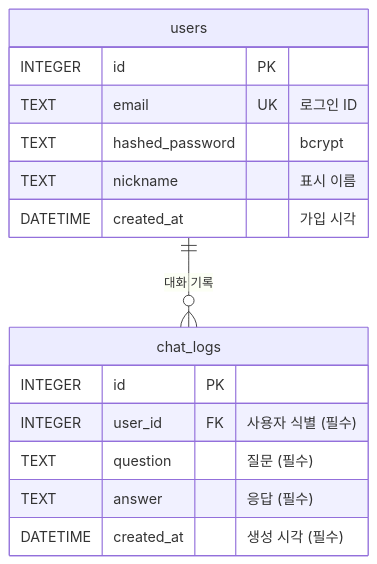
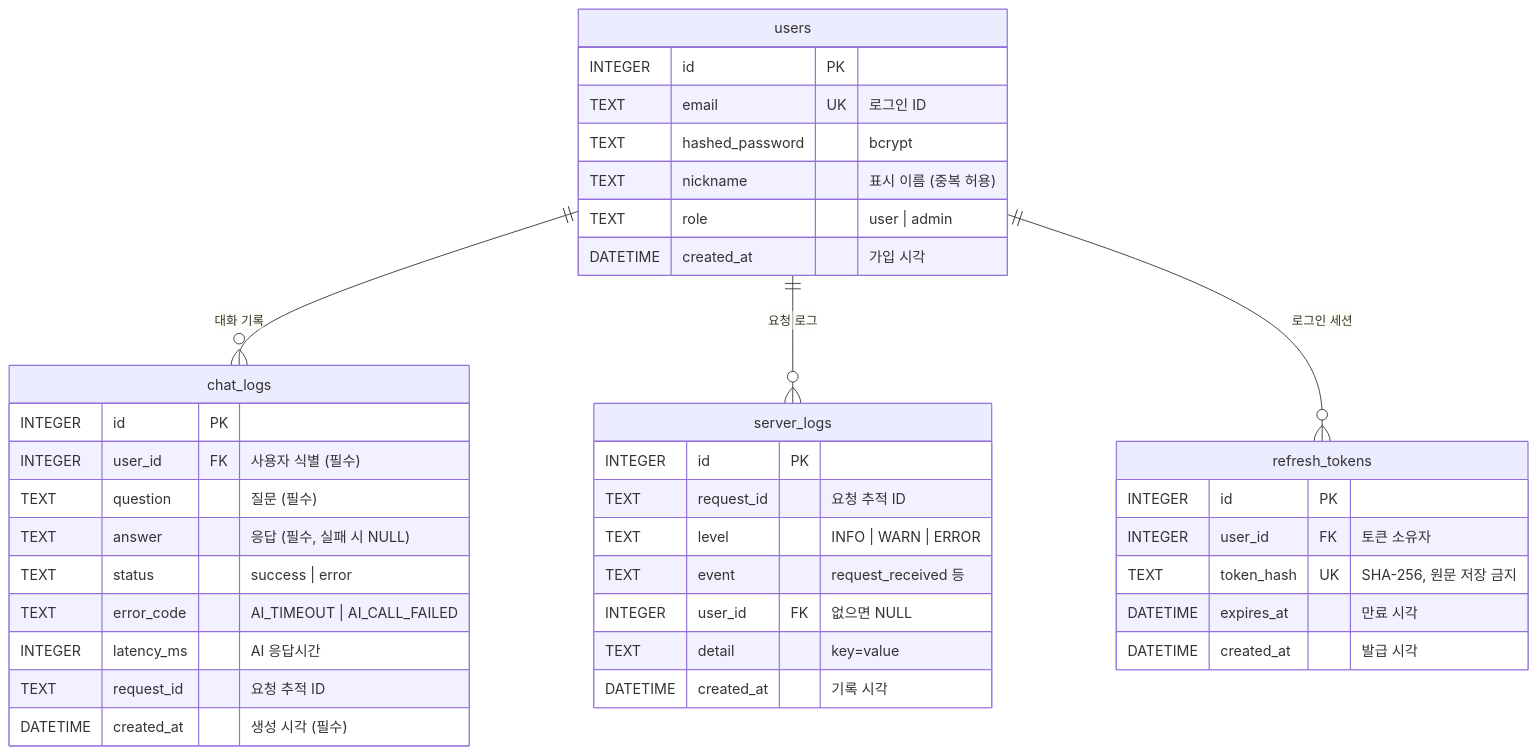
One commit to b7-1-chatbot-team/B7-1-chatbot changed the diagram in docs/04-database.md. Above: the diagram before and after it, drawn with Mermaid. The commit also changed other lines of this file and 11 other files, not shown here.

````diff
--- a/docs/04-database.md
+++ b/docs/04-database.md
@@ -12,18 +12,41 @@
 ```mermaid
 erDiagram
     users ||--o{ chat_logs : "대화 기록"
+    users ||--o{ server_logs : "요청 로그"
+    users ||--o{ refresh_tokens : "로그인 세션"
     users {
         INTEGER id PK
         TEXT email UK "로그인 ID"
         TEXT hashed_password "bcrypt"
-        TEXT nickname "표시 이름"
+        TEXT nickname "표시 이름 (중복 허용)"
+        TEXT role "user | admin"
         DATETIME created_at "가입 시각"
     }
     chat_logs {
         INTEGER id PK
         INTEGER user_id FK "사용자 식별 (필수)"
         TEXT question "질문 (필수)"
-        TEXT answer "응답 (필수)"
+        TEXT answer "응답 (필수, 실패 시 NULL)"
+        TEXT status "success | error"
+        TEXT error_code "AI_TIMEOUT | AI_CALL_FAILED"
+        INTEGER latency_ms "AI 응답시간"
+        TEXT request_id "요청 추적 ID"
         DATETIME created_at "생성 시각 (필수)"
     }
+    server_logs {
+        INTEGER id PK
+        TEXT request_id "요청 추적 ID"
+        TEXT level "INFO | WARN | ERROR"
+        TEXT event "request_received 등"
+        INTEGER user_id FK "없으면 NULL"
+        TEXT detail "key=value"
+        DATETIME created_at "기록 시각"
+    }
+    refresh_tokens {
+        INTEGER id PK
+        INTEGER user_id FK "토큰 소유자"
+        TEXT token_hash UK "SHA-256, 원문 저장 금지"
+        DATETIME expires_at "만료 시각"
+        DATETIME created_at "발급 시각"
+    }
 ```
````
